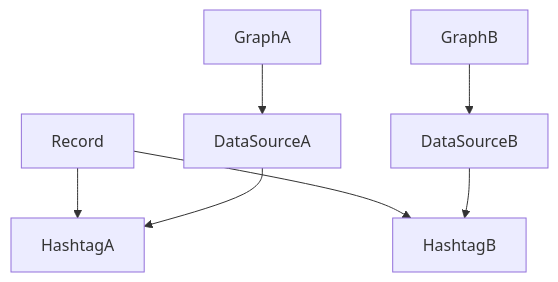
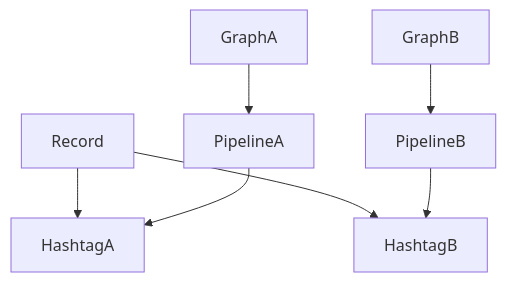
One commit to charlie-dev-ios/natura-ios-app changed the diagram in Documentation/ユーザーストーリーマッピング/001_全体像.md. Above: the diagram before and after it, drawn with Mermaid. The commit also changed other lines of this file and 4 other files, not shown here.

````diff
--- a/Documentation/ユーザーストーリーマッピング/001_全体像.md
+++ b/Documentation/ユーザーストーリーマッピング/001_全体像.md
@@ -26,9 +26,9 @@
 ```mermaid
 graph TD;
     Record-->HashtagA;
-    DataSourceA-->HashtagA;
+    PipelineA-->HashtagA;
     Record-->HashtagB;
-    GraphA-->DataSourceA;
-    DataSourceB-->HashtagB;
-    GraphB-->DataSourceB;
+    GraphA-->PipelineA;
+    PipelineB-->HashtagB;
+    GraphB-->PipelineB;
 ```
````
